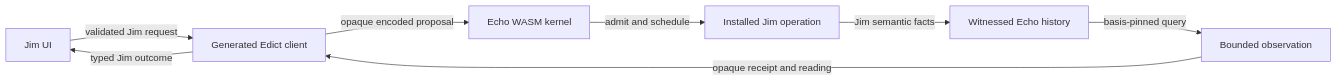
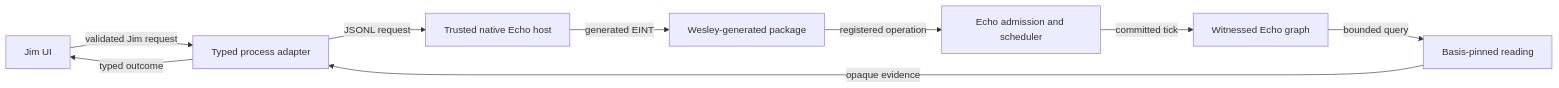
Before and after one commit to flyingrobots/jedit: the first of 2 diagrams in docs/echo-application-hosting-guide.md, drawn with Mermaid. The commit also changed other lines of this file and 47 other files, not shown here.

Commit message:
Add real Echo text operation corridor

````diff
--- a/docs/echo-application-hosting-guide.md
+++ b/docs/echo-application-hosting-guide.md
@@ -70,17 +87,19 @@
 ```mermaid
 flowchart LR
     U[Jim UI]
-    C[Generated Edict client]
-    K[Echo WASM kernel]
-    O[Installed Jim operation]
-    G[Witnessed Echo history]
-    R[Bounded observation]
+    P[Typed process adapter]
+    H[Trusted native Echo host]
+    W[Wesley-generated package]
+    E[Echo admission and scheduler]
+    G[Witnessed Echo graph]
+    R[Basis-pinned reading]
 
-    U -->|validated Jim request| C
-    C -->|opaque encoded proposal| K
-    K -->|admit and schedule| O
-    O -->|Jim semantic facts| G
-    G -->|basis-pinned query| R
-    R -->|opaque receipt and reading| C
-    C -->|typed Jim outcome| U
+    U -->|validated Jim request| P
+    P -->|JSONL request| H
+    H -->|generated EINT| W
+    W -->|registered operation| E
+    E -->|committed tick| G
+    G -->|bounded query| R
+    R -->|opaque evidence| P
+    P -->|typed outcome| U
 ```
````
